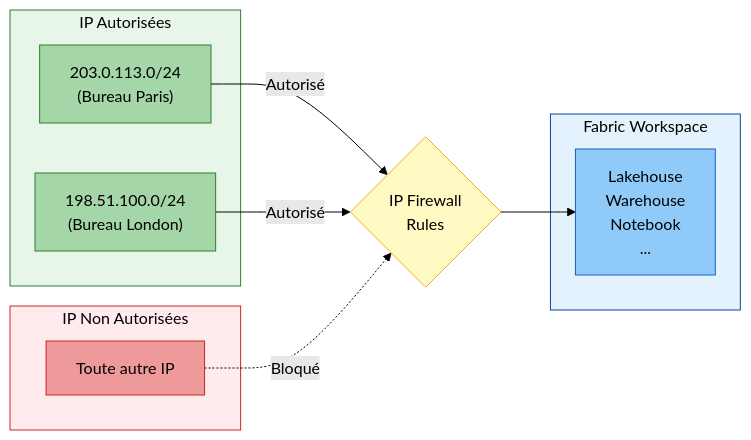
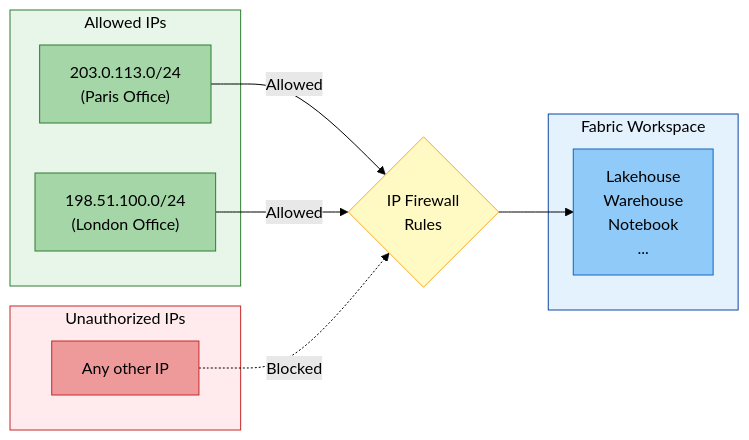
The sixth of 12 diagrams in Fabric_Network_Security.md (fredgis/fabric-foundry-kb), drawn with Mermaid (forest theme) before and after one commit. The commit also changed other lines of this file and 2 other files, not shown here.

````diff
--- a/Fabric_Network_Security.md
+++ b/Fabric_Network_Security.md
@@ -317,30 +317,30 @@
 ```mermaid
 flowchart LR
-    subgraph Allowed["IP Autorisées"]
-        IP1["203.0.113.0/24\n(Bureau Paris)"]
-        IP2["198.51.100.0/24\n(Bureau London)"]
+    subgraph Allowed["Allowed IPs"]
+        IP1["203.0.113.0/24\n(Paris Office)"]
+        IP2["198.51.100.0/24\n(London Office)"]
     end
 
-    subgraph Blocked["IP Non Autorisées"]
-        IP3["Toute autre IP"]
+    subgraph Blocked["Unauthorized IPs"]
+        IP3["Any other IP"]
     end
 
     FW{"IP Firewall\nRules"}
 
     subgraph Fabric["Fabric Workspace"]
         Items["Lakehouse\nWarehouse\nNotebook\n..."]
     end
 
-    IP1 -->|Autorisé| FW --> Items
-    IP2 -->|Autorisé| FW
-    IP3 -.->|Bloqué| FW
+    IP1 -->|Allowed| FW --> Items
+    IP2 -->|Allowed| FW
+    IP3 -.->|Blocked| FW
 
     style Allowed fill:#e8f5e9,stroke:#2e7d32,color:#000
     style Blocked fill:#ffebee,stroke:#c62828,color:#000
     style Fabric fill:#e3f2fd,stroke:#0d47a1,color:#000
     style FW fill:#fff9c4,stroke:#f9a825,color:#000
     style IP1 fill:#a5d6a7,stroke:#2e7d32,color:#000
     style IP2 fill:#a5d6a7,stroke:#2e7d32,color:#000
     style IP3 fill:#ef9a9a,stroke:#c62828,color:#000
     style Items fill:#90caf9,stroke:#1565c0,color:#000
 ```
````
